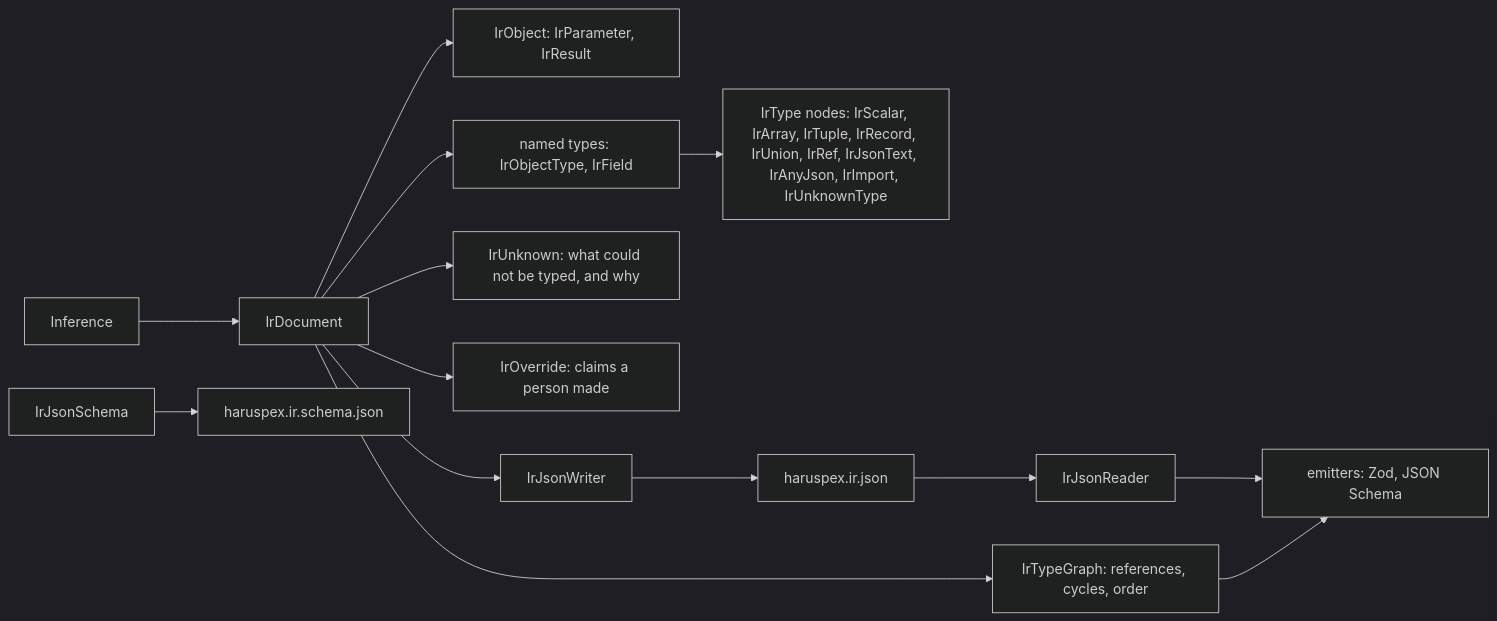
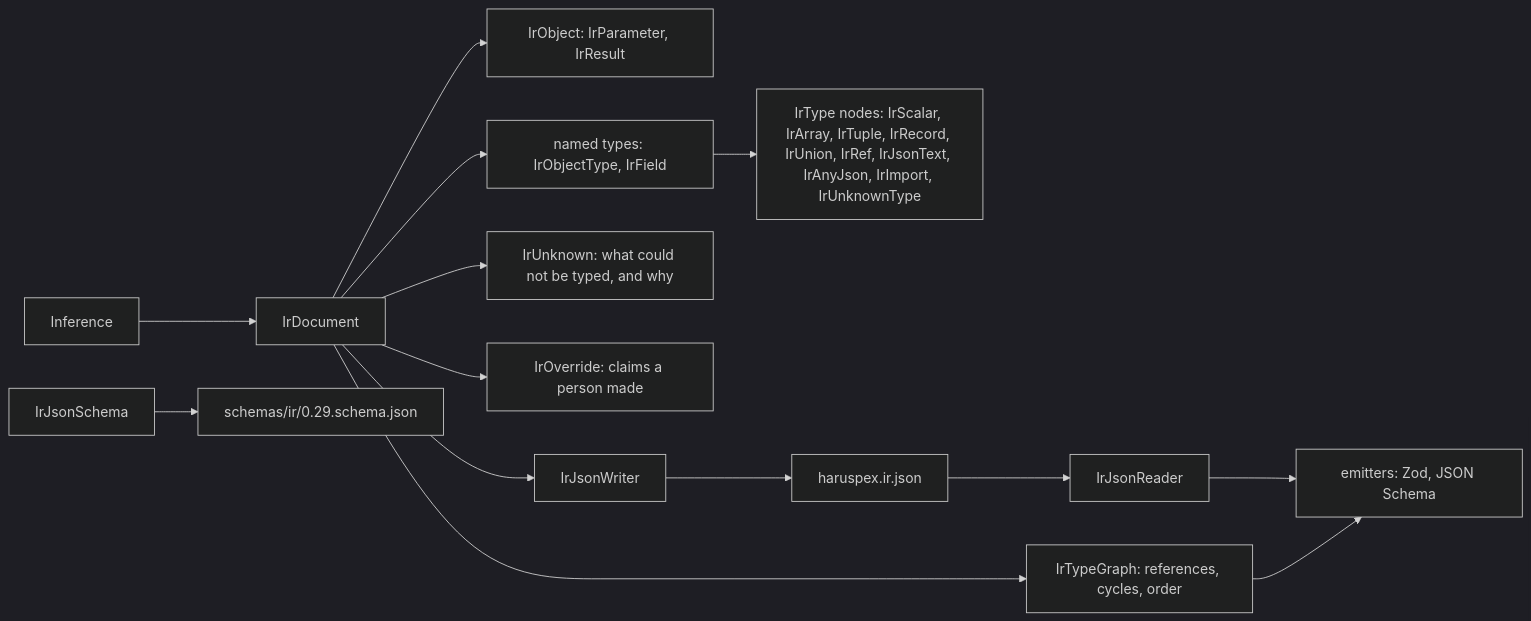
The diagram in src/Haruspex.Ir/README.md (haruspex-tools/haruspex), drawn with Mermaid (dark theme) before and after one commit. The commit also changed other lines of this file and 12 other files, not shown here.

````diff
--- a/src/Haruspex.Ir/README.md
+++ b/src/Haruspex.Ir/README.md
@@ -28,16 +28,16 @@
 ```mermaid
 flowchart LR
     inference["Inference"] --> document["IrDocument"]
     document --> objects["IrObject: IrParameter, IrResult"]
     document --> types["named types: IrObjectType, IrField"]
     types --> nodes["IrType nodes: IrScalar, IrArray, IrTuple, IrRecord, IrUnion, IrRef, IrJsonText, IrAnyJson, IrImport, IrUnknownType"]
     document --> unknowns["IrUnknown: what could not be typed, and why"]
     document --> overrides["IrOverride: claims a person made"]
     document --> writer["IrJsonWriter"]
     writer --> json["haruspex.ir.json"]
     json --> reader["IrJsonReader"]
     reader --> emitters["emitters: Zod, JSON Schema"]
-    schema["IrJsonSchema"] --> published["haruspex.ir.schema.json"]
+    schema["IrJsonSchema"] --> published["schemas/ir/0.29.schema.json"]
     document --> typeGraph["IrTypeGraph: references, cycles, order"]
     typeGraph --> emitters
 ```
````
